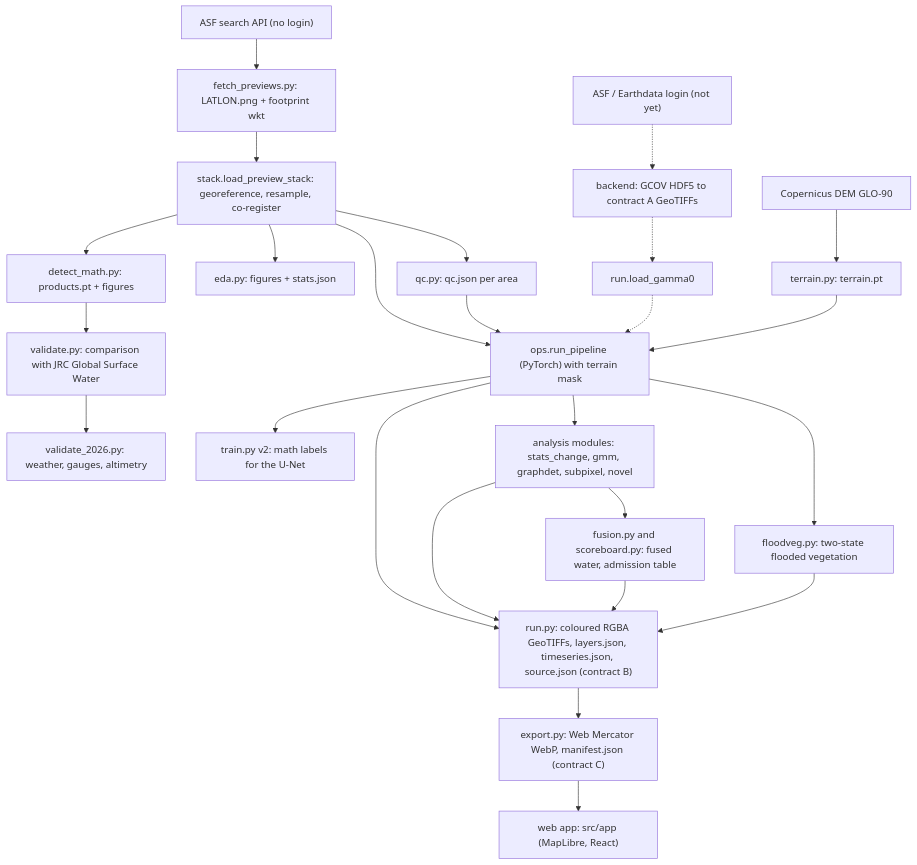
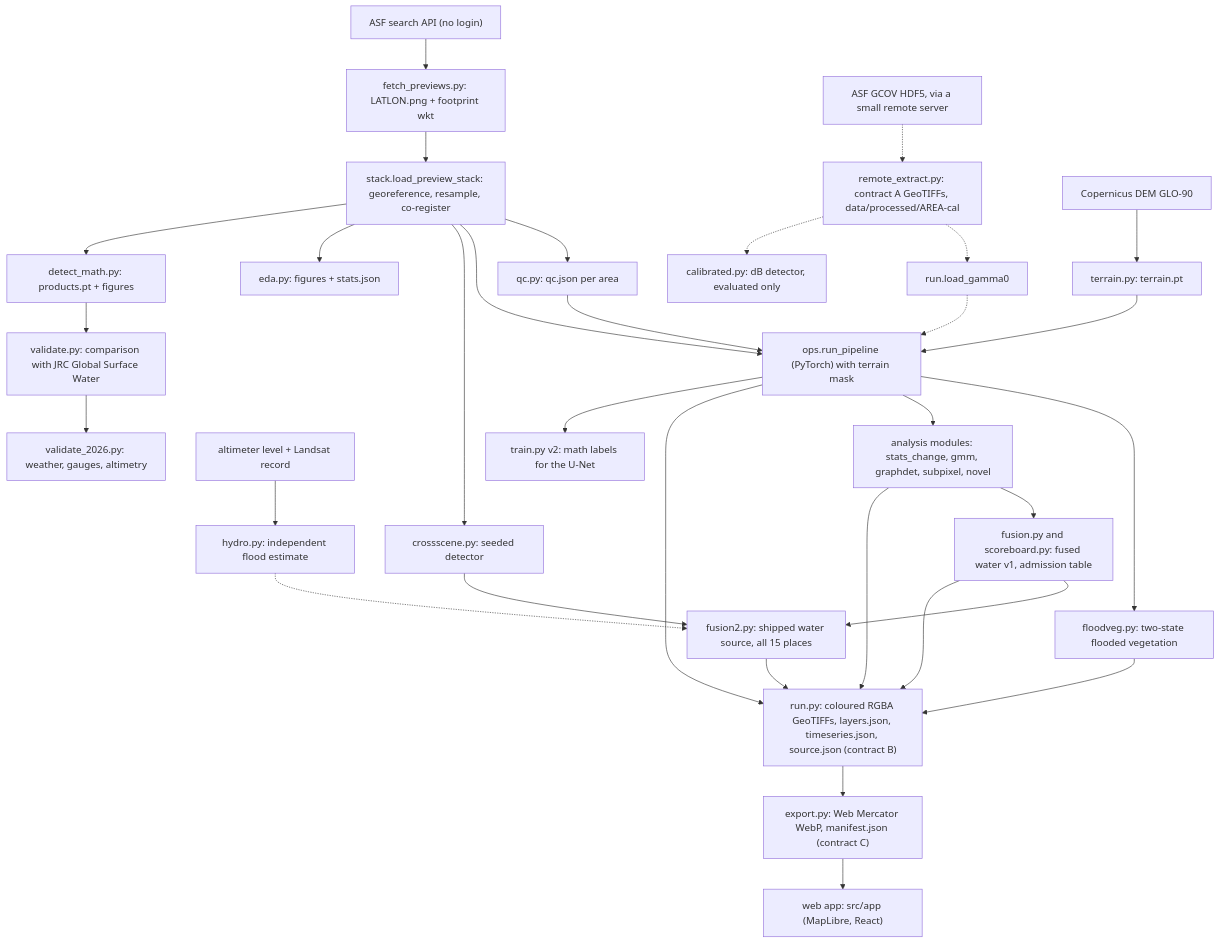
One commit to Harut200/Nasa-Space-App-Challange-2026 changed the diagram in docs/DETECTION.md. Above: the diagram before and after it, drawn with Mermaid. The commit also changed other lines of this file and 9 other files, not shown here.

Commit message:
Update method, architecture, README and handoff for the evening results; add Pantanal and Lake Chad stories; take server address defaults out of scripts

````diff
--- a/docs/DETECTION.md
+++ b/docs/DETECTION.md
@@ -559,27 +730,34 @@
 ```mermaid
 flowchart TD
     A["ASF search API (no login)"] --> B["fetch_previews.py: LATLON.png + footprint wkt"]
-    A2["ASF / Earthdata login (not yet)"] -.-> C2["backend: GCOV HDF5 to contract A GeoTIFFs"]
+    A2["ASF GCOV HDF5, via a small remote server"] -.-> C2["remote_extract.py: contract A GeoTIFFs, data/processed/AREA-cal"]
     B --> C["stack.load_preview_stack: georeference, resample, co-register"]
     C --> Q["qc.py: qc.json per area"]
     DEM["Copernicus DEM GLO-90"] --> TM["terrain.py: terrain.pt"]
     C2 -.-> D2["run.load_gamma0"]
     C --> E["ops.run_pipeline (PyTorch) with terrain mask"]
     Q --> E
     TM --> E
     D2 -.-> E
     E --> FV["floodveg.py: two-state flooded vegetation"]
     E --> M["analysis modules: stats_change, gmm, graphdet, subpixel, novel"]
-    M --> FU["fusion.py and scoreboard.py: fused water, admission table"]
+    M --> FU["fusion.py and scoreboard.py: fused water v1, admission table"]
+    C --> CS["crossscene.py: seeded detector"]
+    HY["altimeter level + Landsat record"] --> HM["hydro.py: independent flood estimate"]
+    CS --> F2["fusion2.py: shipped water source, all 15 places"]
+    FU --> F2
+    HM -.-> F2
+    F2 --> F
+    C2 -.-> CAL["calibrated.py: dB detector, evaluated only"]
     FV --> F["run.py: coloured RGBA GeoTIFFs, layers.json, timeseries.json, source.json (contract B)"]
     E --> F
     M --> F
     FU --> F
     F --> G["export.py: Web Mercator WebP, manifest.json (contract C)"]
     G --> H["web app: src/app (MapLibre, React)"]
     C --> I["eda.py: figures + stats.json"]
     C --> J["detect_math.py: products.pt + figures"]
     E --> K["train.py v2: math labels for the U-Net"]
     J --> L["validate.py: comparison with JRC Global Surface Water"]
     L --> V2["validate_2026.py: weather, gauges, altimetry"]
 ```
````
